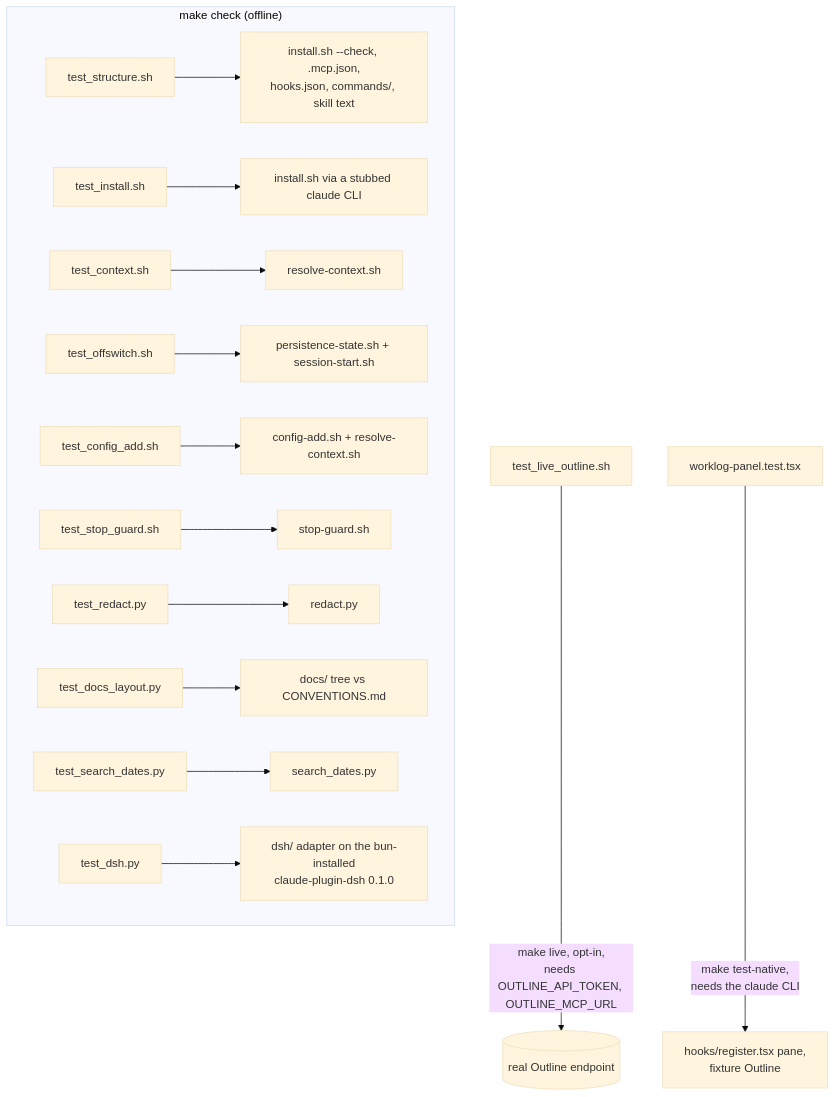
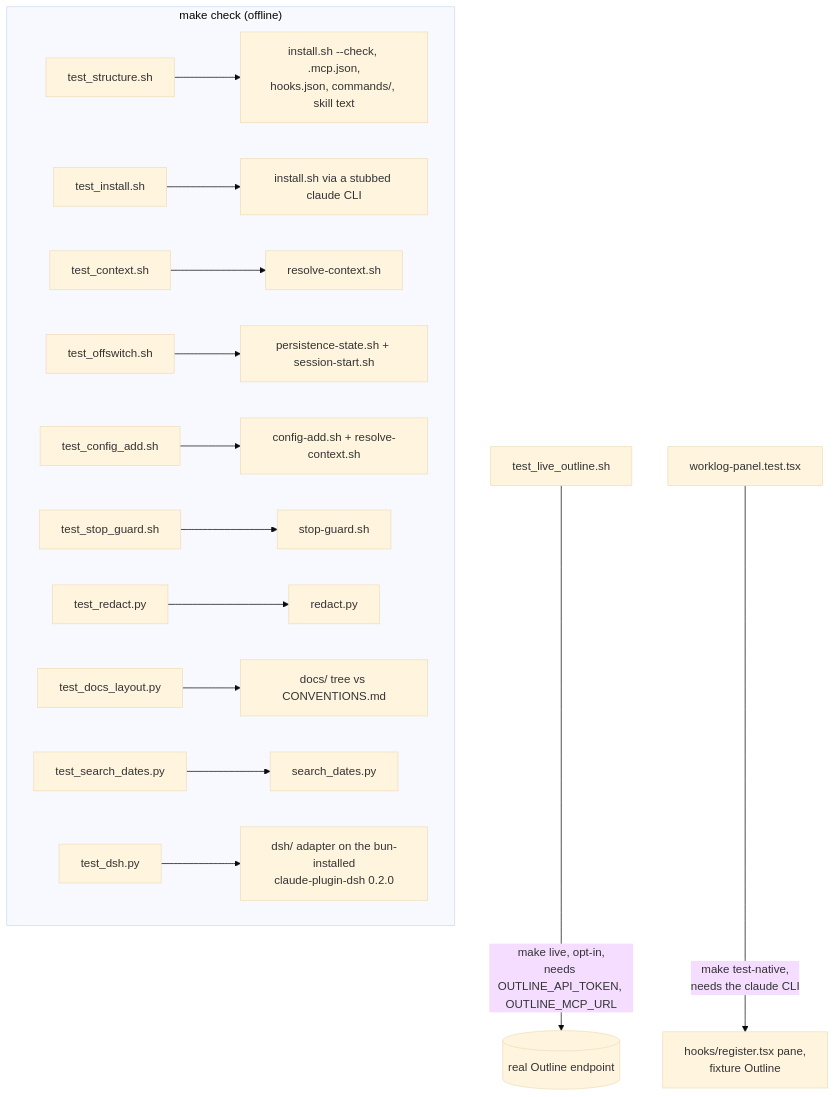
The diagram in docs/verification/README.md (kolezka/worklog-persist), drawn with Mermaid (base theme) before and after one commit. The commit also changed other lines of this file and 5 other files, not shown here.

First line of the commit message:
chore(dsh): use claude-plugin-dsh 0.2.0

````diff
--- a/docs/verification/README.md
+++ b/docs/verification/README.md
@@ -61,17 +61,17 @@
 ```mermaid
 flowchart TD
     subgraph offline["make check (offline)"]
         A[test_structure.sh] --> RA["install.sh --check, .mcp.json,\nhooks.json, commands/, skill text"]
         B[test_install.sh] --> RB["install.sh via a stubbed claude CLI"]
         C[test_context.sh] --> RC["resolve-context.sh"]
         D[test_offswitch.sh] --> RD["persistence-state.sh + session-start.sh"]
         G[test_config_add.sh] --> RG["config-add.sh + resolve-context.sh"]
         H[test_stop_guard.sh] --> RH["stop-guard.sh"]
         E[test_redact.py] --> RE["redact.py"]
         F[test_docs_layout.py] --> RF["docs/ tree vs CONVENTIONS.md"]
         S[test_search_dates.py] --> RS["search_dates.py"]
-        J[test_dsh.py] --> RJ["dsh/ adapter on the bun-installed\nclaude-plugin-dsh 0.1.0"]
+        J[test_dsh.py] --> RJ["dsh/ adapter on the bun-installed\nclaude-plugin-dsh 0.2.0"]
     end
     L[test_live_outline.sh] -->|"make live, opt-in,\nneeds OUTLINE_API_TOKEN, OUTLINE_MCP_URL"| O[("real Outline endpoint")]
     N[worklog-panel.test.tsx] -->|"make test-native,\nneeds the claude CLI"| RN["hooks/register.tsx pane,\nfixture Outline"]
 ```
````
